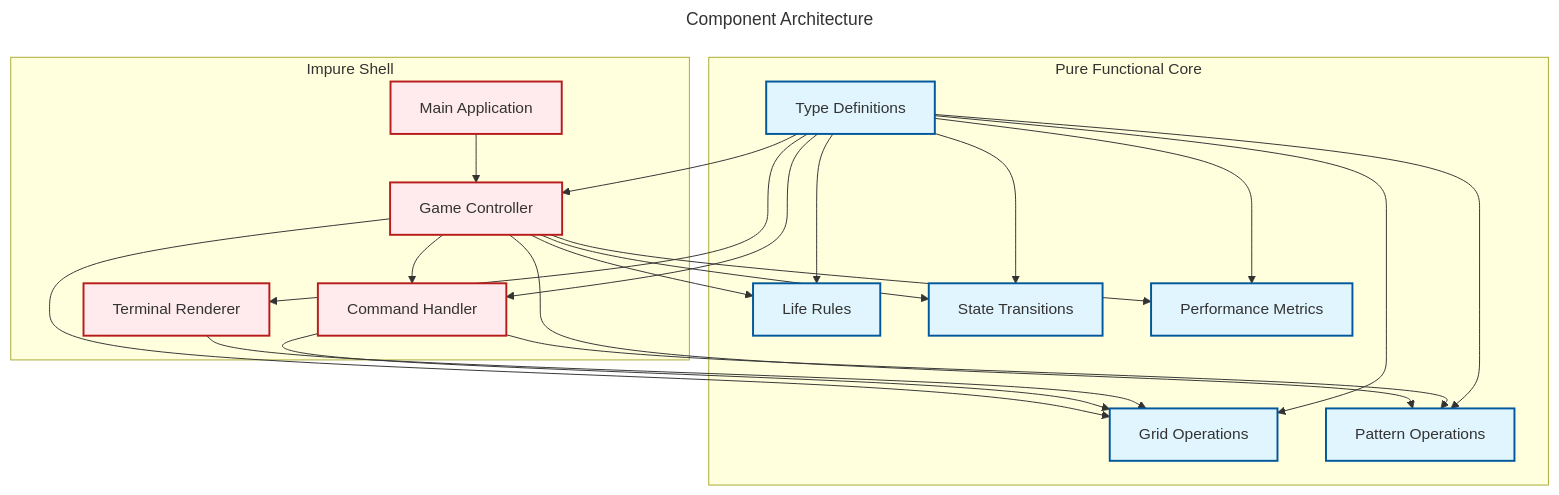
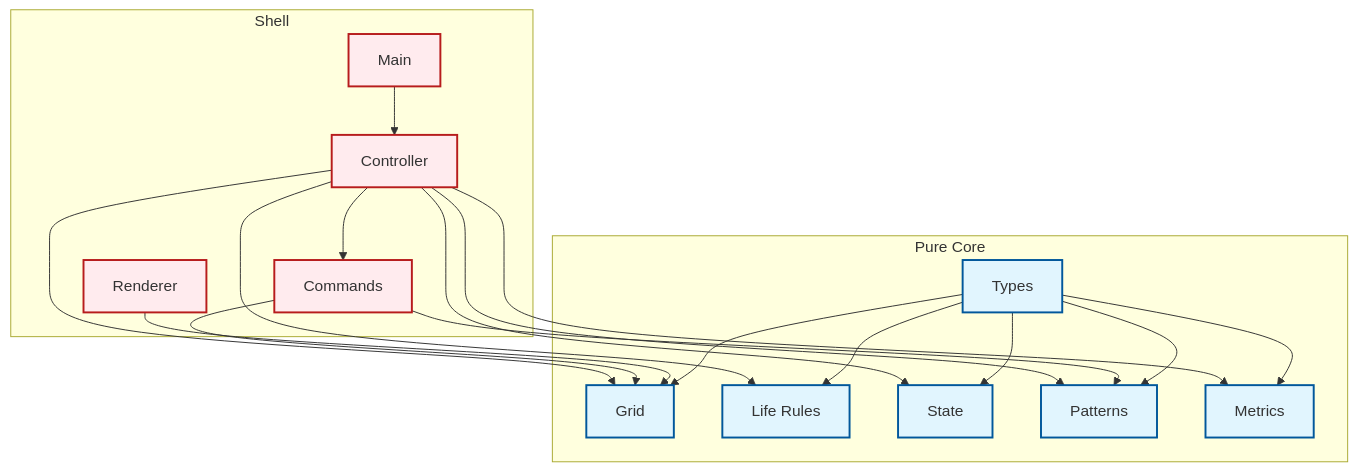
The first of 4 diagrams in docs/diagrams.md (dewe/py-gol), drawn with Mermaid before and after one commit. The commit also changed other lines of this file and 6 other files, not shown here.

````diff
--- a/docs/diagrams.md
+++ b/docs/diagrams.md
@@ -127,51 +5,45 @@
 ```mermaid
----
-title: Component Architecture
----
 graph TD
-    %% Pure Core
-    subgraph Pure ["Pure Functional Core"]
-        Grid[Grid Operations]
+    %% Core Components
+    subgraph Pure ["Pure Core"]
+        Grid[Grid]
         Life[Life Rules]
-        State[State Transitions]
-        Pattern[Pattern Operations]
-        Metrics[Performance Metrics]
-        Types[Type Definitions]
+        State[State]
+        Pattern[Patterns]
+        Metrics[Metrics]
+        Types[Types]
     end
 
-    %% Impure Shell
-    subgraph Impure ["Impure Shell"]
-        Main[Main Application]
-        Commands[Command Handler]
-        Controller[Game Controller]
-        Renderer[Terminal Renderer]
+    %% Shell Components
+    subgraph Shell ["Shell"]
+        Main[Main]
+        Commands[Commands]
+        Controller[Controller]
+        Renderer[Renderer]
     end
 
-    %% Connections
+    %% Dependencies
     Main --> Controller
     Controller --> Commands
     Controller --> Grid
     Controller --> Life
     Controller --> State
     Controller --> Pattern
     Controller --> Metrics
     Commands --> Pattern
     Commands --> Grid
     Renderer --> Grid
     
     %% Type System
     Types --> Grid
     Types --> Life
     Types --> State
     Types --> Pattern
     Types --> Metrics
-    Types --> Controller
-    Types --> Commands
-    Types --> Renderer
 
     %% Styling
-    classDef pure fill:#e1f5fe,stroke:#01579b,stroke-width:2px;
-    classDef impure fill:#ffebee,stroke:#b71c1c,stroke-width:2px;
-    class Grid,Life,State,Pattern,Metrics,Types pure;
-    class Main,Commands,Controller,Renderer impure;
+    classDef pure fill:#e1f5fe,stroke:#01579b,stroke-width:2px
+    classDef shell fill:#ffebee,stroke:#b71c1c,stroke-width:2px
+    class Grid,Life,State,Pattern,Metrics,Types pure
+    class Main,Commands,Controller,Renderer shell
 ```
````
